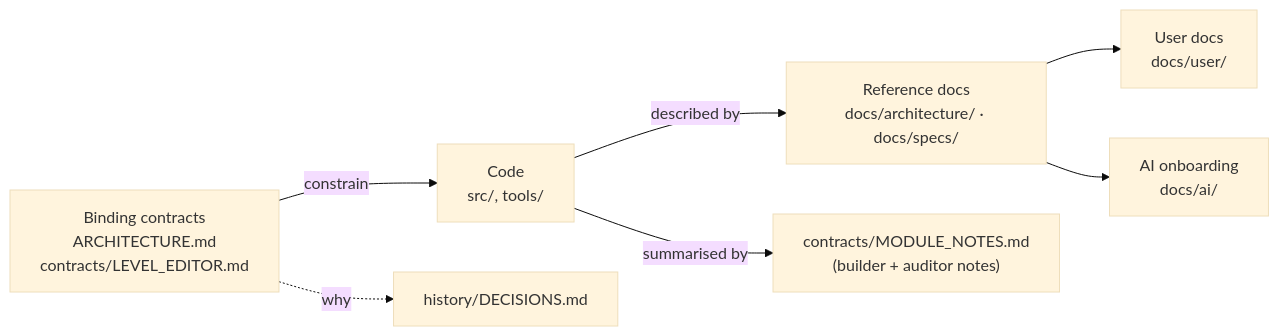
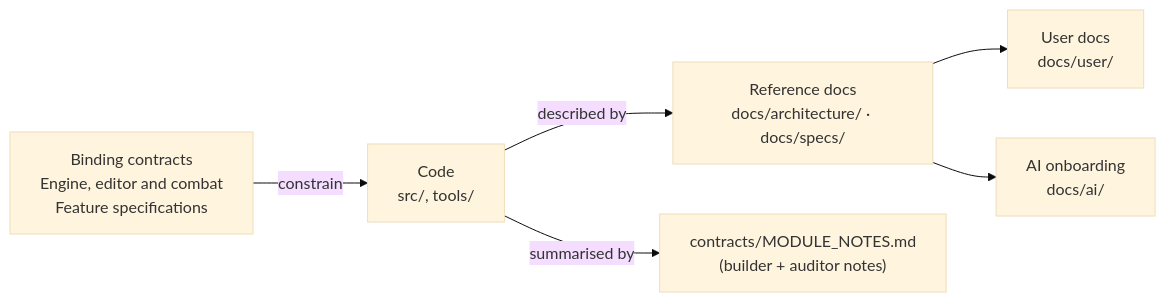
One commit to Leemonztuff/SoulDolls-Lumina changed the diagram in docs/contracts/README.md. Above: the diagram before and after it, drawn with Mermaid (base theme). The commit also changed other lines of this file and 586 other files, not shown here.

````diff
--- a/docs/contracts/README.md
+++ b/docs/contracts/README.md
@@ -62,9 +59,8 @@
 ```mermaid
 flowchart LR
-  C["Binding contracts<br/>ARCHITECTURE.md<br/>contracts/LEVEL_EDITOR.md"] -->|constrain| CODE["Code<br/>src/, tools/"]
+  C["Binding contracts<br/>Engine, editor and combat<br/>Feature specifications"] -->|constrain| CODE["Code<br/>src/, tools/"]
   CODE -->|described by| REF["Reference docs<br/>docs/architecture/ · docs/specs/"]
   CODE -->|summarised by| MN["contracts/MODULE_NOTES.md<br/>(builder + auditor notes)"]
   REF --> USER["User docs<br/>docs/user/"]
   REF --> AI["AI onboarding<br/>docs/ai/"]
-  C -.->|why| ADR["history/DECISIONS.md"]
 ```
````
